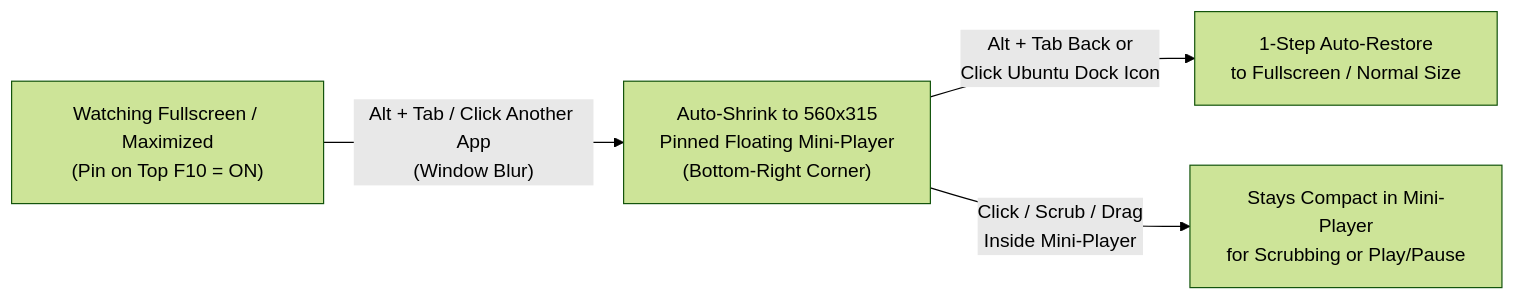
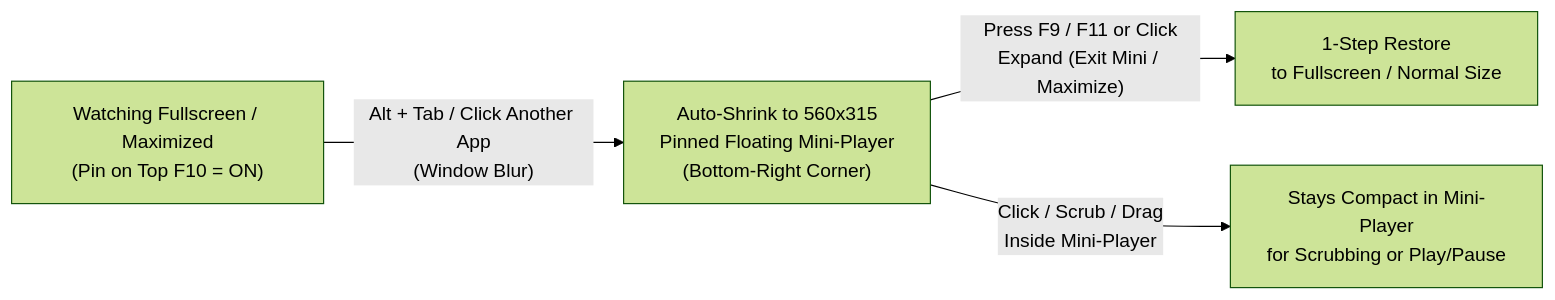
Before and after one commit to pulkitmundra/crunchyroll-ubuntu-desktop: the diagram in README.md, drawn with Mermaid (forest theme). The commit also changed other lines of this file and 27 other files, not shown here.

````diff
--- a/README.md
+++ b/README.md
@@ -81,6 +81,6 @@
 ```mermaid
 flowchart LR
     A["Watching Fullscreen / Maximized<br/>(Pin on Top F10 = ON)"] -->|"Alt + Tab / Click Another App<br/>(Window Blur)"| B["Auto-Shrink to 560x315<br/>Pinned Floating Mini-Player<br/>(Bottom-Right Corner)"]
-    B -->|"Alt + Tab Back or<br/>Click Ubuntu Dock Icon"| C["1-Step Auto-Restore<br/>to Fullscreen / Normal Size"]
+    B -->|"Press F9 / F11 or Click<br/>Expand (Exit Mini / Maximize)"| C["1-Step Restore<br/>to Fullscreen / Normal Size"]
     B -->|"Click / Scrub / Drag<br/>Inside Mini-Player"| D["Stays Compact in Mini-Player<br/>for Scrubbing or Play/Pause"]
 ```
````
